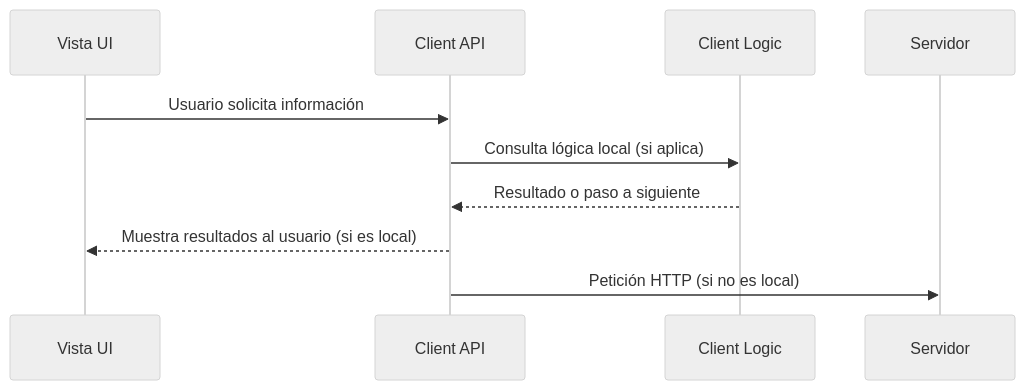
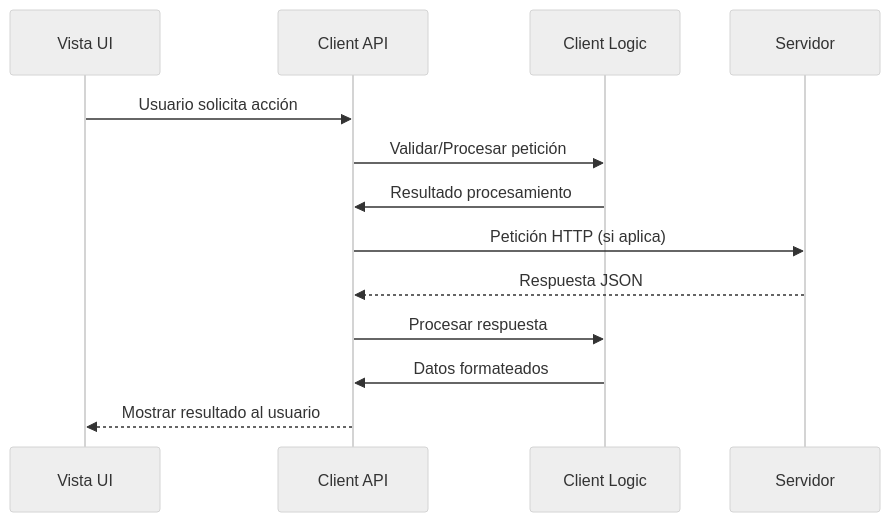
The diagram in Diagramas/Cliente.mermaid (Dariella06/Rifters), drawn with Mermaid (neutral theme) before and after one commit.

Commit message:
Cambios añadidos y mejores

```diff
--- a/Diagramas/Cliente.mermaid
+++ b/Diagramas/Cliente.mermaid
@@ -1,10 +1,14 @@
 sequenceDiagram
     participant UI as Vista UI
     participant ClientAPI as Client API
     participant ClientLogic as Client Logic
+    participant Server as Servidor
 
-    UI->>ClientAPI: Usuario solicita información
-    ClientAPI->>ClientLogic: Consulta lógica local (si aplica)
-    ClientLogic-->>ClientAPI: Resultado o paso a siguiente
-    ClientAPI-->>UI: Muestra resultados al usuario (si es local)
-    ClientAPI->>Servidor: Petición HTTP (si no es local)
+    UI->>ClientAPI: Usuario solicita acción
+    ClientAPI->>ClientLogic: Validar/Procesar petición
+    ClientLogic->>ClientAPI: Resultado procesamiento
+    ClientAPI->>Server: Petición HTTP (si aplica)
+    Server-->>ClientAPI: Respuesta JSON
+    ClientAPI->>ClientLogic: Procesar respuesta
+    ClientLogic->>ClientAPI: Datos formateados
+    ClientAPI-->>UI: Mostrar resultado al usuario
```
